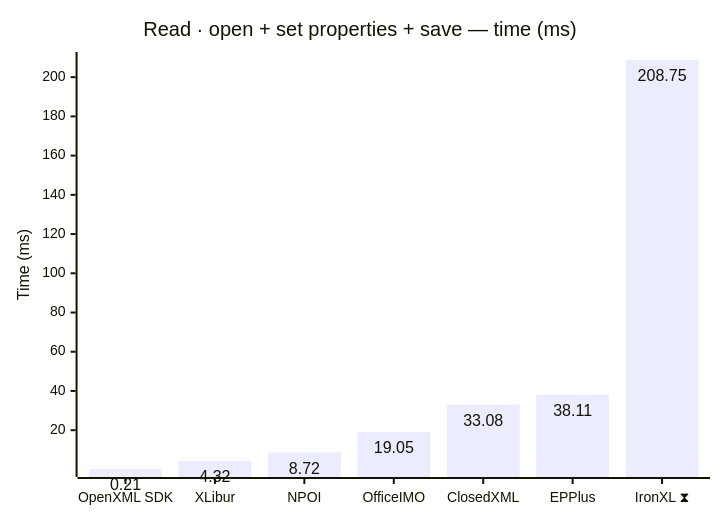
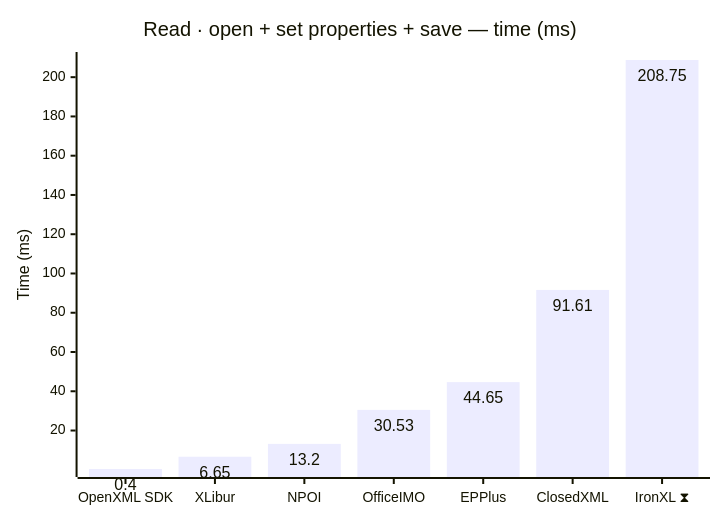
Before and after one commit to jafin/XLBench: the first of 18 diagrams in docs/results-ci.md, drawn with Mermaid. The commit also changed other lines of this file, not shown here.

````diff
--- a/docs/results-ci.md
+++ b/docs/results-ci.md
@@ -43,12 +43,12 @@
 ```mermaid
 ---
 config:
   xyChart:
     showDataLabel: true
 ---
 xychart-beta
     title "Read · open + set properties + save — time (ms)"
-    x-axis ["OpenXML SDK", "XLibur", "NPOI", "OfficeIMO", "ClosedXML", "EPPlus", "IronXL ⧗"]
+    x-axis ["OpenXML SDK", "XLibur", "NPOI", "OfficeIMO", "EPPlus", "ClosedXML", "IronXL ⧗"]
     y-axis "Time (ms)"
-    bar [0.21, 4.32, 8.72, 19.05, 33.08, 38.11, 208.75]
+    bar [0.4, 6.65, 13.2, 30.53, 44.65, 91.61, 208.75]
 ```
````
